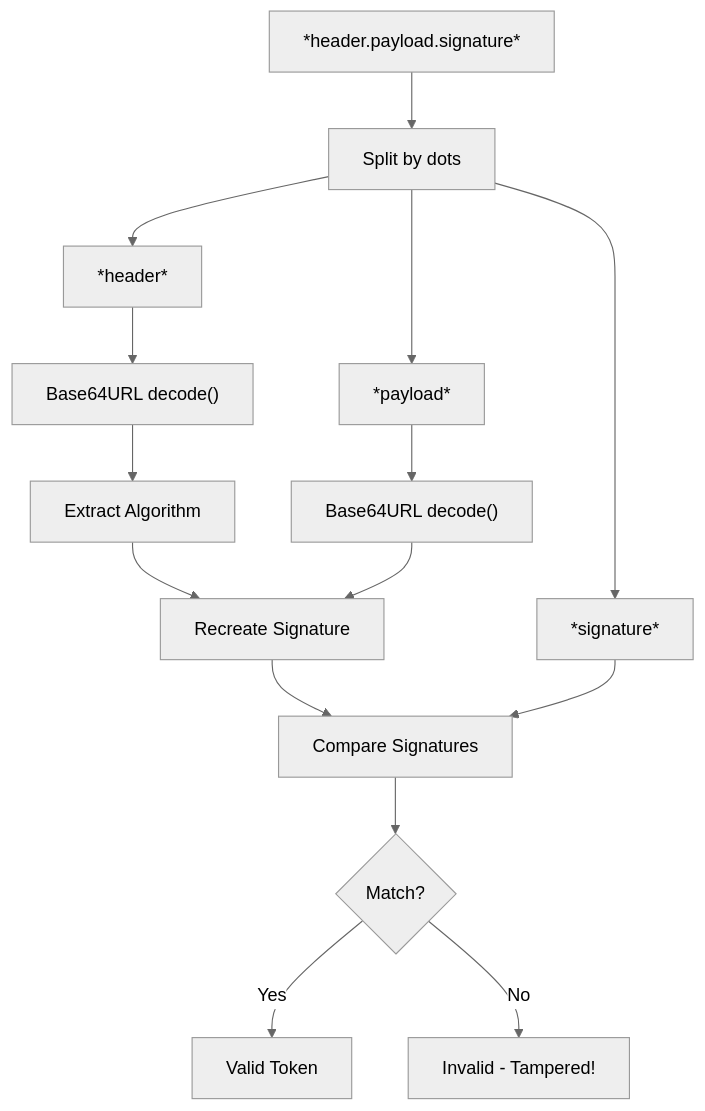
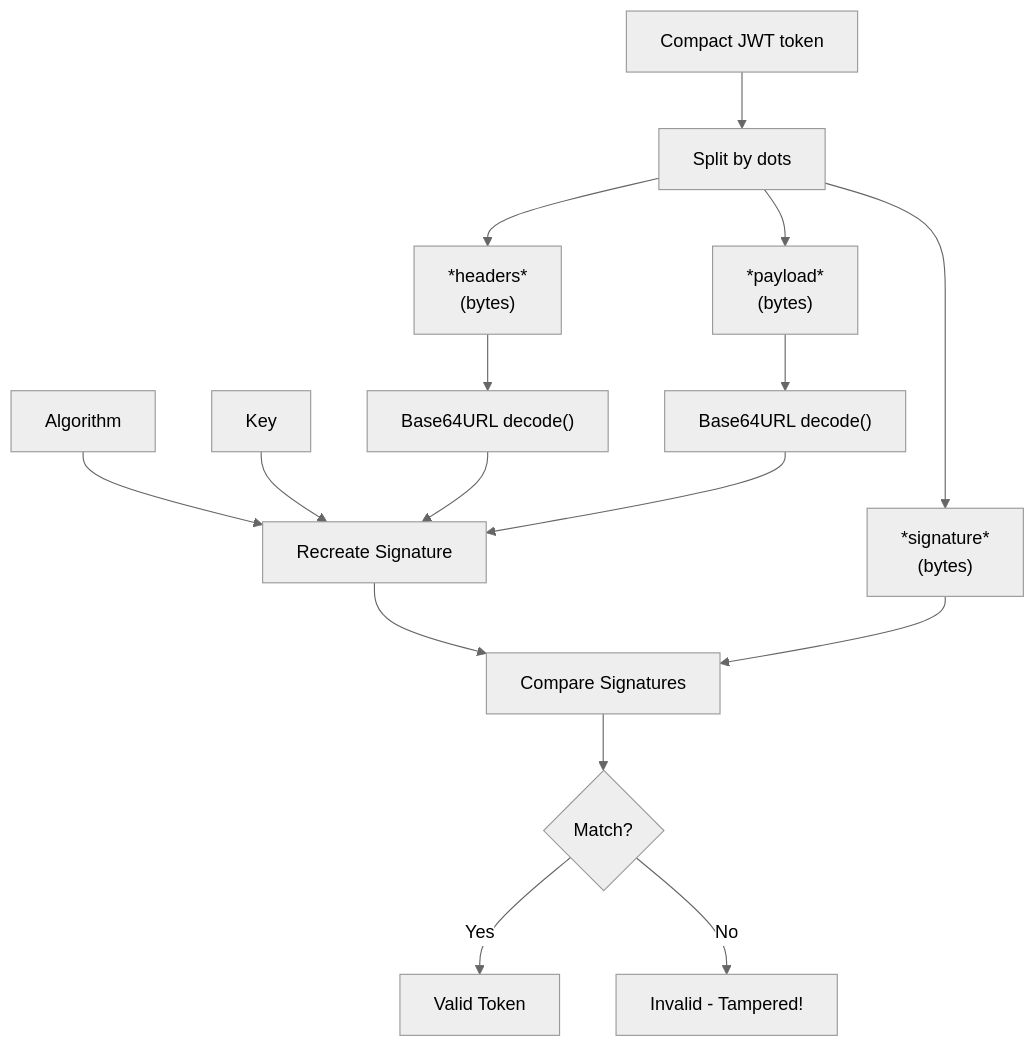
One commit to ixunio/superjwt changed the second of 2 diagrams in docs/jwt/basics.md. Above: the diagram before and after it, drawn with Mermaid (neutral theme). The commit also changed other lines of this file and 9 other files, not shown here.

````diff
--- a/docs/jwt/basics.md
+++ b/docs/jwt/basics.md
@@ -142,17 +142,21 @@
 ```mermaid
 graph TD
-    A[*header.payload.signature*] --> B[Split by dots]
-    B --> C[*header*]
-    B --> D[*payload*]
-    B --> E[*signature*]
+    A[Compact JWT token] --> B[Split by dots]
+    B --> C["*headers*
+    (bytes)"]
+    B --> D["*payload*
+    (bytes)"]
+    B --> E["*signature*
+    (bytes)"]
     C --> F["Base64URL decode()"]
     D --> G["Base64URL decode()"]
-    F --> H[Extract Algorithm]
-    H --> I[Recreate Signature]
+    H[Algorithm] --> I[Recreate Signature]
+    KK[Key] --> I
+    F --> I
     G --> I
     I --> J[Compare Signatures]
     E --> J
     J --> K{Match?}
     K -->|Yes| L[Valid Token]
     K -->|No| M[Invalid - Tampered!]
 ```
````
